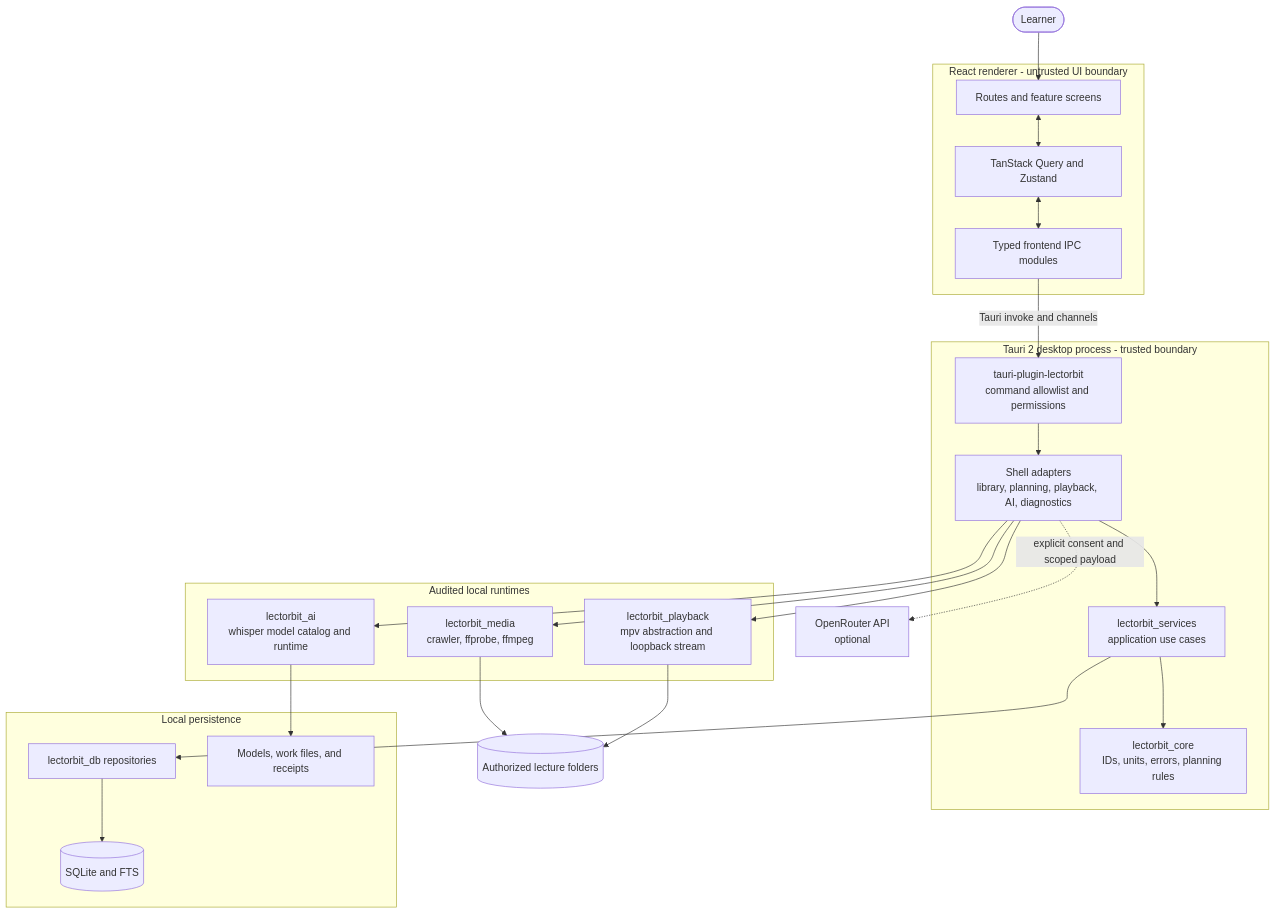
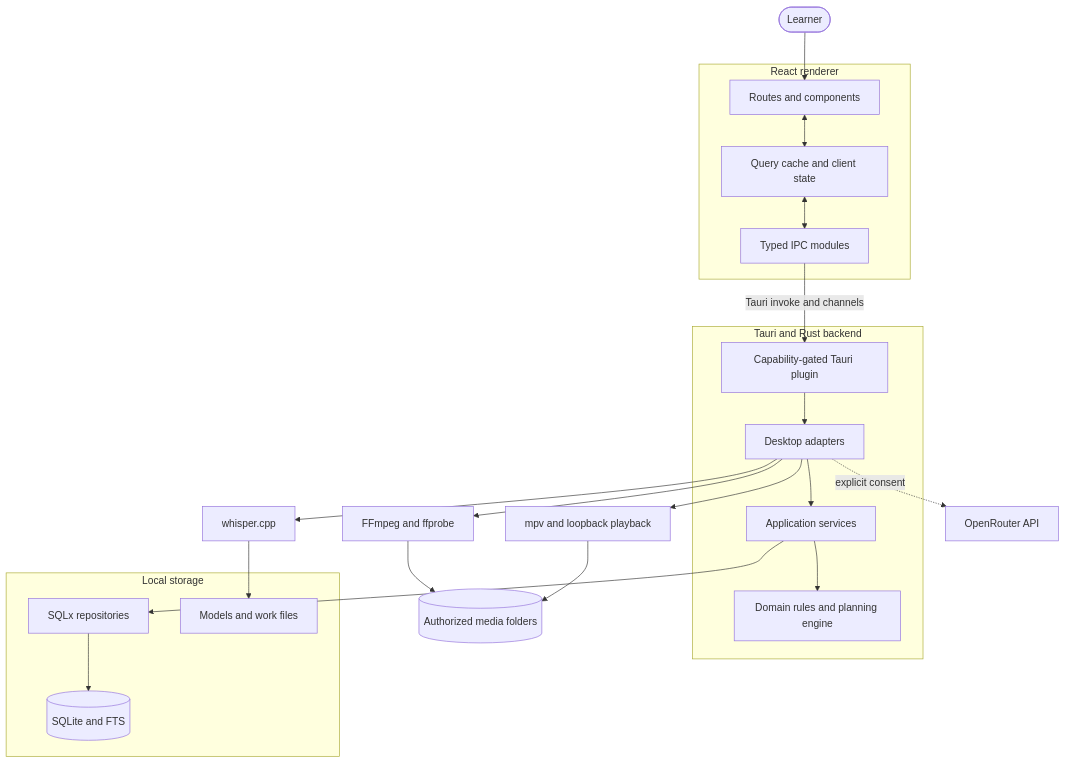
One commit to asapial/LectorBit changed the second of 2 diagrams in README.md. Above: the diagram before and after it, drawn with Mermaid. The commit also changed other lines of this file, not shown here.

Commit message:
docs(README): refine application description and update contents structure

````diff
--- a/README.md
+++ b/README.md
@@ -113,49 +78,42 @@
 ```mermaid
 flowchart TB
-    User([Learner]) --> Routes
+    User([Learner]) --> UI
 
-    subgraph Renderer[React renderer - untrusted UI boundary]
-        Routes[Routes and feature screens]
-        State[TanStack Query and Zustand]
-        IPC[Typed frontend IPC modules]
-        Routes <--> State
+    subgraph Renderer[React renderer]
+        UI[Routes and components]
+        State[Query cache and client state]
+        IPC[Typed IPC modules]
+        UI <--> State
         State <--> IPC
     end
 
     IPC -->|Tauri invoke and channels| Plugin
 
-    subgraph Desktop[Tauri 2 desktop process - trusted boundary]
-        Plugin[tauri-plugin-lectorbit<br/>command allowlist and permissions]
-        Adapters[Shell adapters<br/>library, planning, playback, AI, diagnostics]
-        Services[lectorbit_services<br/>application use cases]
-        Core[lectorbit_core<br/>IDs, units, errors, planning rules]
+    subgraph Backend[Tauri and Rust backend]
+        Plugin[Capability-gated Tauri plugin]
+        Adapters[Desktop adapters]
+        Services[Application services]
+        Core[Domain rules and planning engine]
         Plugin --> Adapters
         Adapters --> Services
         Services --> Core
     end
 
-    Services --> Repos
+    Services --> Repositories
 
-    subgraph Persistence[Local persistence]
-        Repos[lectorbit_db repositories]
-        DB[(SQLite and FTS)]
-        Files[Models, work files, and receipts]
-        Repos --> DB
+    subgraph Storage[Local storage]
+        Repositories[SQLx repositories]
+        Database[(SQLite and FTS)]
+        Files[Models and work files]
+        Repositories --> Database
     end
 
-    Adapters --> Media
-    Adapters --> Playback
-    Adapters --> AI
+    Adapters --> Media[FFmpeg and ffprobe]
+    Adapters --> Whisper[whisper.cpp]
+    Adapters --> Playback[mpv and loopback playback]
 
-    subgraph Native[Audited local runtimes]
-        Media[lectorbit_media<br/>crawler, ffprobe, ffmpeg]
-        Playback[lectorbit_playback<br/>mpv abstraction and loopback stream]
-        AI[lectorbit_ai<br/>whisper model catalog and runtime]
-    end
-
-    Media --> Library[(Authorized lecture folders)]
+    Media --> Library[(Authorized media folders)]
     Playback --> Library
-    AI --> Files
-
-    Adapters -. explicit consent and scoped payload .-> Cloud[OpenRouter API<br/>optional]
+    Whisper --> Files
+    Adapters -. explicit consent .-> Cloud[OpenRouter API]
 ```
````
